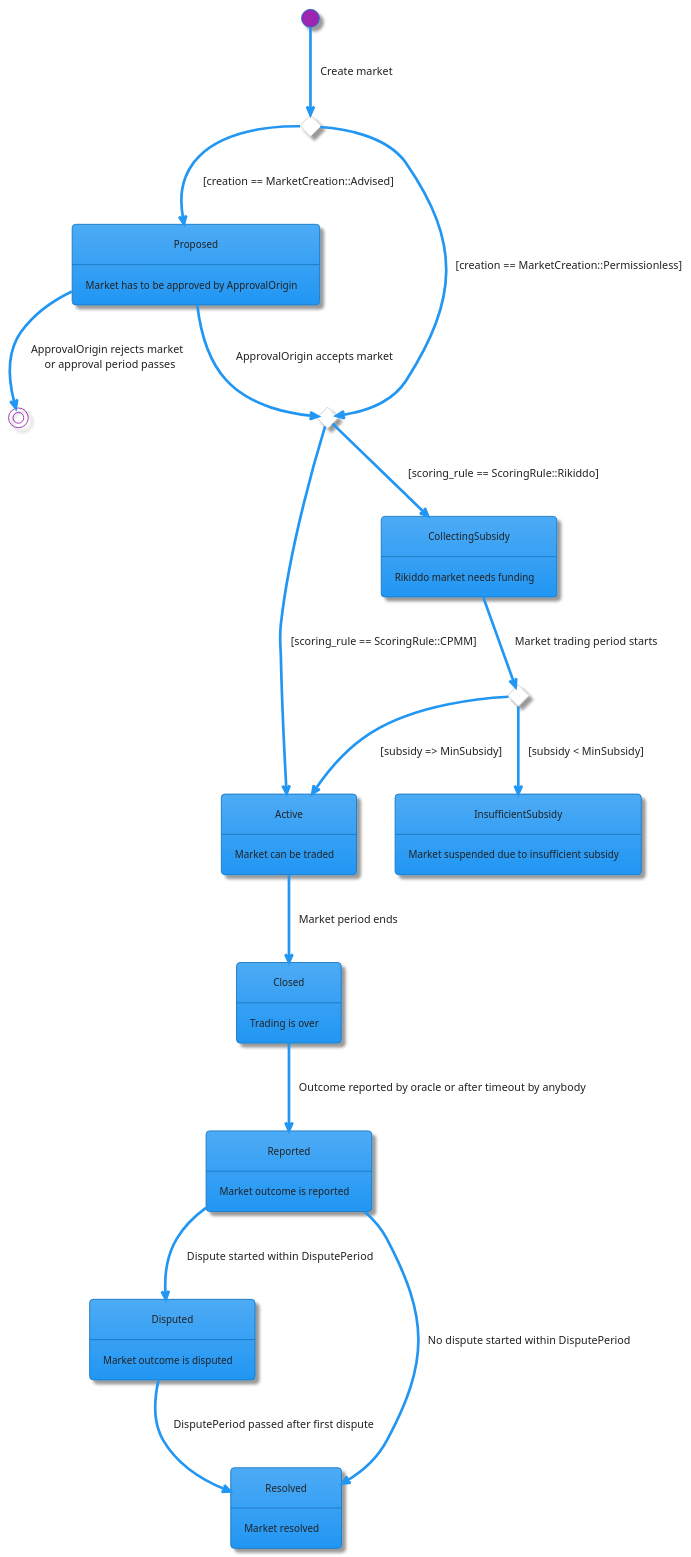
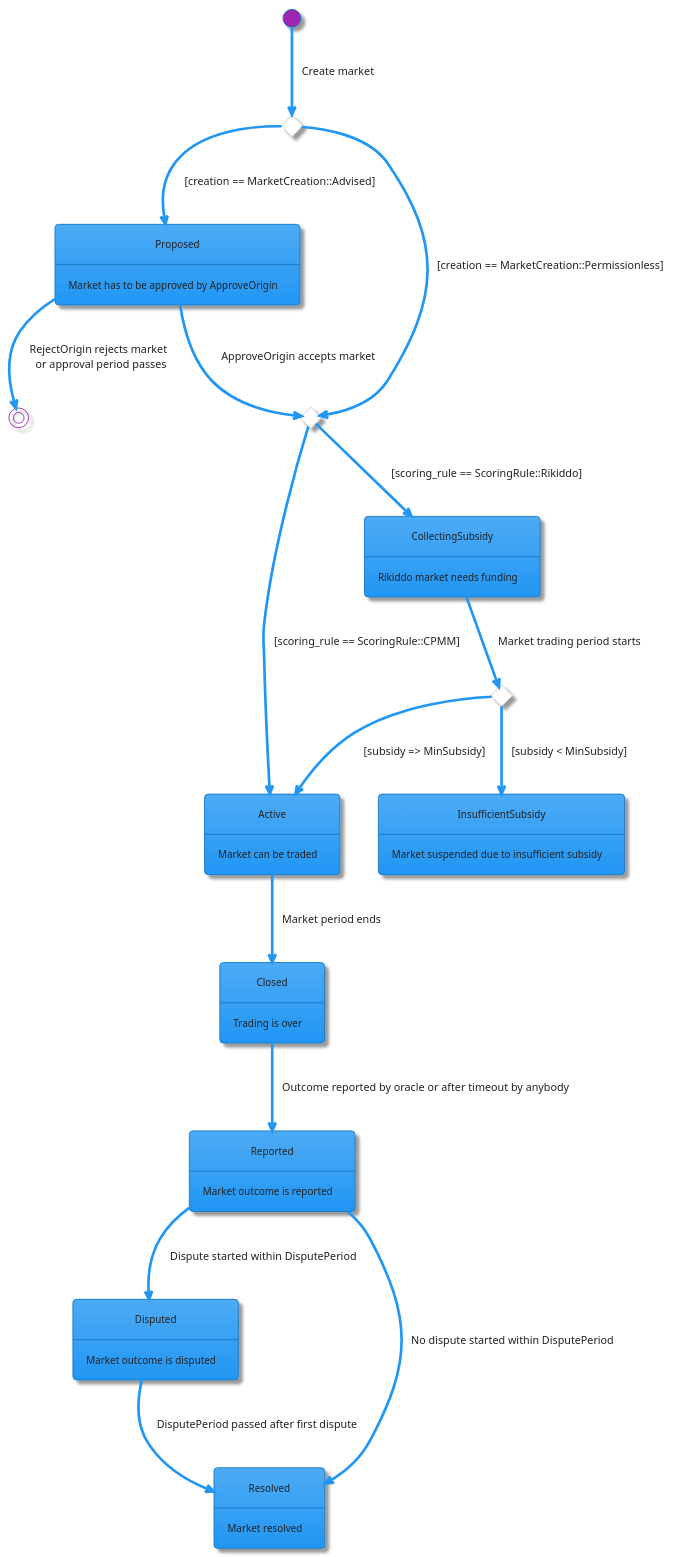
One commit to zeitgeistpm/zeitgeist changed the diagram in docs/diagrams/src/market_state_diagram.puml. Above: the diagram before and after it, drawn with PlantUML. The commit also changed 6 other files, not shown here.

First line of the commit message:
Allow market approval by single `AdvisoryCommittee` member (#744)

```diff
--- a/docs/diagrams/src/market_state_diagram.puml
+++ b/docs/diagrams/src/market_state_diagram.puml
@@ -1,46 +1,46 @@
 @startuml
 !theme materia
 
 'States
 state Active : Market can be traded
 state Closed : Trading is over
 state CollectingSubsidy : Rikiddo market needs funding
 state Disputed: Market outcome is disputed
 state InsufficientSubsidy : Market suspended due to insufficient subsidy
-state Proposed : Market has to be approved by ApprovalOrigin
+state Proposed : Market has to be approved by ApproveOrigin
 state Reported : Market outcome is reported
 state Resolved : Market resolved
 
 'Choices
 state cpmm_or_rikiddo <<choice>>
 state advised_or_proposed_cpmm <<choice>>
 state enough_subsidy <<choice>>
 
 'Create market
 [*] --> advised_or_proposed_cpmm : Create market
 advised_or_proposed_cpmm --> cpmm_or_rikiddo : [creation == MarketCreation::Permissionless]
 advised_or_proposed_cpmm --> Proposed : [creation == MarketCreation::Advised]
 
 cpmm_or_rikiddo --> Active : [scoring_rule == ScoringRule::CPMM]
 cpmm_or_rikiddo --> CollectingSubsidy : [scoring_rule == ScoringRule::Rikiddo]
 
 'Delete or activate a market
-Proposed --> cpmm_or_rikiddo : ApprovalOrigin accepts market
-Proposed --> [*] : ApprovalOrigin rejects market \n or approval period passes
+Proposed --> cpmm_or_rikiddo : ApproveOrigin accepts market
+Proposed --> [*] : RejectOrigin rejects market \n or approval period passes
 
 CollectingSubsidy --> enough_subsidy : Market trading period starts
 enough_subsidy --> Active : [subsidy => MinSubsidy]
 enough_subsidy --> InsufficientSubsidy : [subsidy < MinSubsidy]
 
 'Report market
 Active --> Closed: Market period ends
 Closed --> Reported : Outcome reported by oracle or after timeout by anybody
 
 'Dispute or resolve directly
 Reported --> Disputed : Dispute started within DisputePeriod
 Reported --> Resolved : No dispute started within DisputePeriod
 
 'Disputed market resolves
 Disputed --> Resolved : DisputePeriod passed after first dispute
 
 @enduml
```
